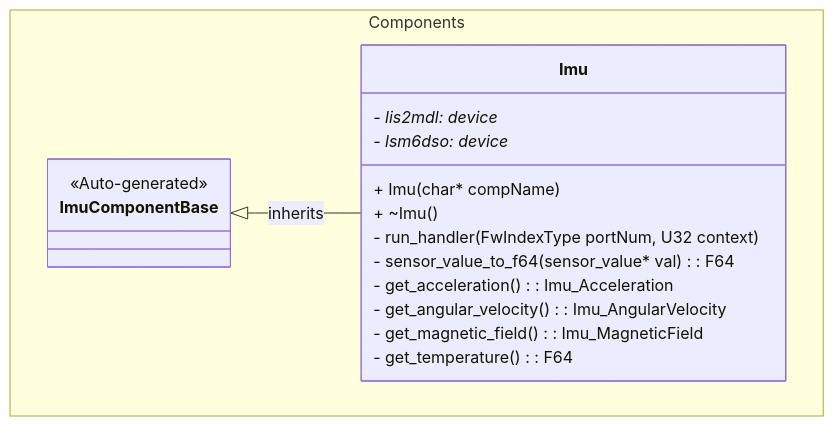
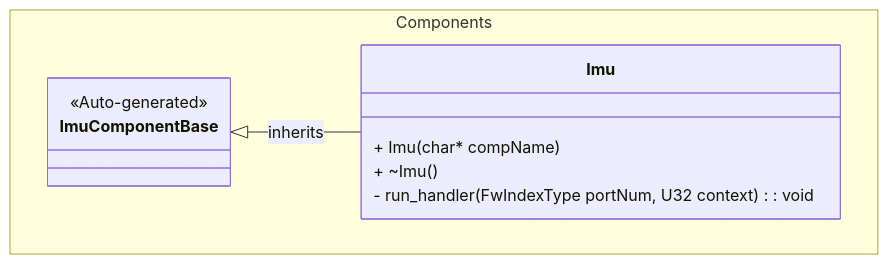
The first of 2 diagrams in FprimeZephyrReference/Components/Imu/docs/sdd.md (Open-Source-Space-Foundation/proves-core-reference), drawn with Mermaid before and after one commit. The commit also changed other lines of this file and 3 other files, not shown here.

````diff
--- a/FprimeZephyrReference/Components/Imu/docs/sdd.md
+++ b/FprimeZephyrReference/Components/Imu/docs/sdd.md
@@ -32,21 +19,14 @@
 ```mermaid
 classDiagram
     namespace Components {
         class ImuComponentBase {
             <<Auto-generated>>
         }
         class Imu {
-            - lis2mdl: device*
-            - lsm6dso: device*
             + Imu(char* compName)
             + ~Imu()
-            - run_handler(FwIndexType portNum, U32 context)
-            - sensor_value_to_f64(sensor_value* val): F64
-            - get_acceleration(): Imu_Acceleration
-            - get_angular_velocity(): Imu_AngularVelocity
-            - get_magnetic_field(): Imu_MagneticField
-            - get_temperature(): F64
+            - run_handler(FwIndexType portNum, U32 context): void
         }
     }
     ImuComponentBase <|-- Imu : inherits
 ```
````
